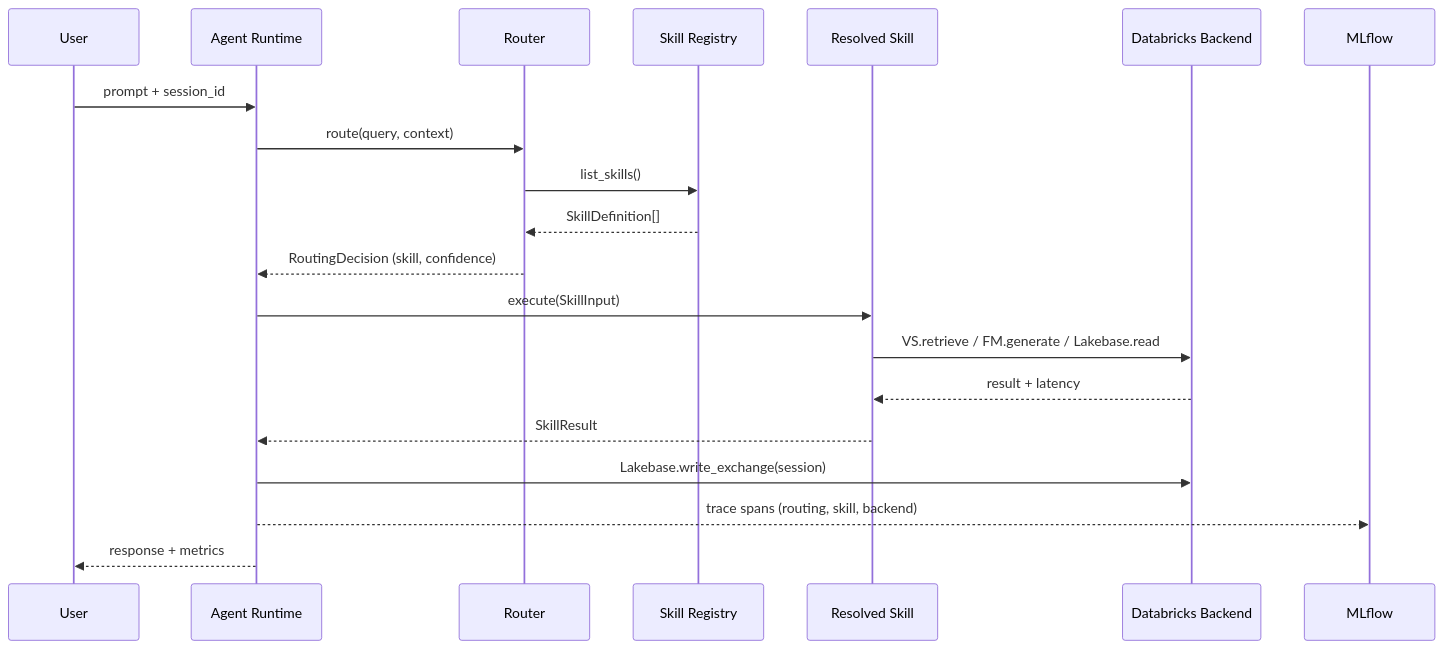
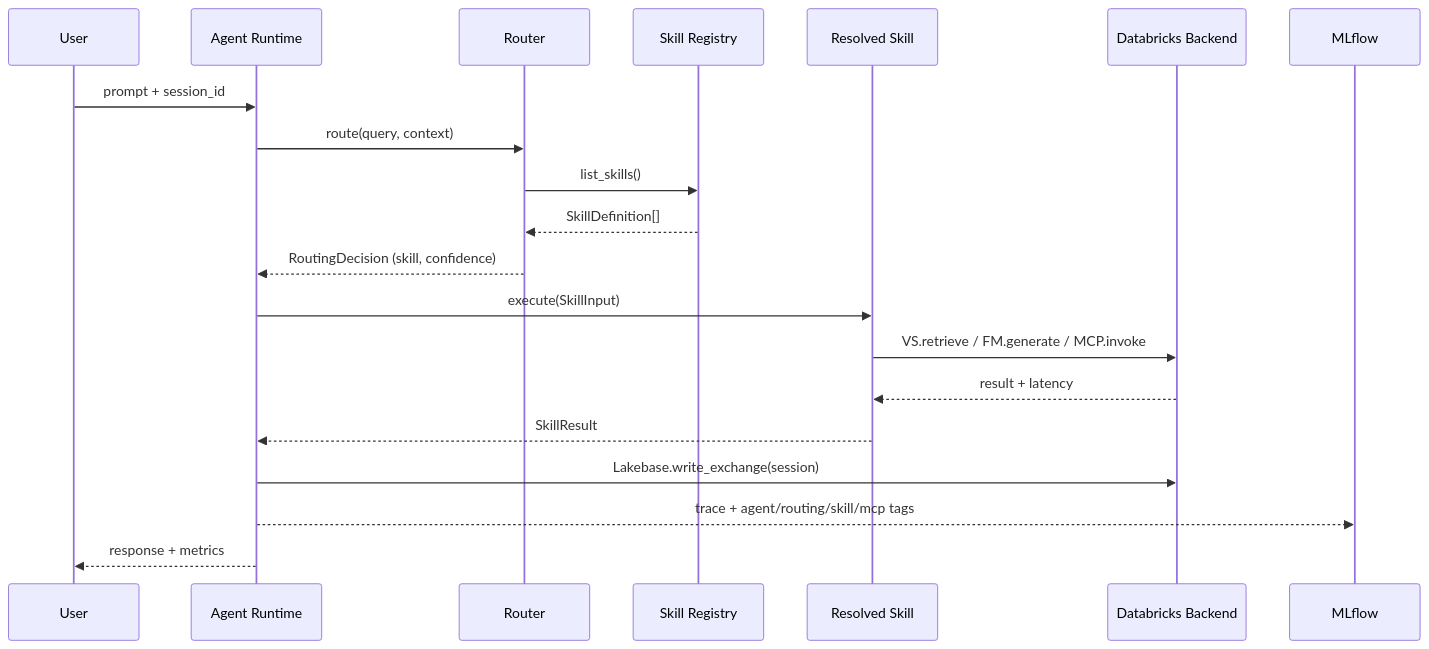
Before and after one commit to fabianlanz-db/AI_Infra_Orchestration: the second of 2 diagrams in README.md, drawn with Mermaid. The commit also changed other lines of this file, not shown here.

First line of the commit message:
docs: refresh README for Part B (MCP / UC publishing / tag schema)

````diff
--- a/README.md
+++ b/README.md
@@ -63,23 +71,23 @@
 ```mermaid
 sequenceDiagram
     participant User
     participant Runtime as Agent Runtime
     participant Router
     participant Registry as Skill Registry
     participant Skill as Resolved Skill
     participant Backend as Databricks Backend
     participant MLflow
 
     User->>Runtime: prompt + session_id
     Runtime->>Router: route(query, context)
     Router->>Registry: list_skills()
     Registry-->>Router: SkillDefinition[]
     Router-->>Runtime: RoutingDecision (skill, confidence)
     Runtime->>Skill: execute(SkillInput)
-    Skill->>Backend: VS.retrieve / FM.generate / Lakebase.read
+    Skill->>Backend: VS.retrieve / FM.generate / MCP.invoke
     Backend-->>Skill: result + latency
     Skill-->>Runtime: SkillResult
     Runtime->>Backend: Lakebase.write_exchange(session)
-    Runtime-->>MLflow: trace spans (routing, skill, backend)
+    Runtime-->>MLflow: trace + agent/routing/skill/mcp tags
     Runtime-->>User: response + metrics
 ```
````
